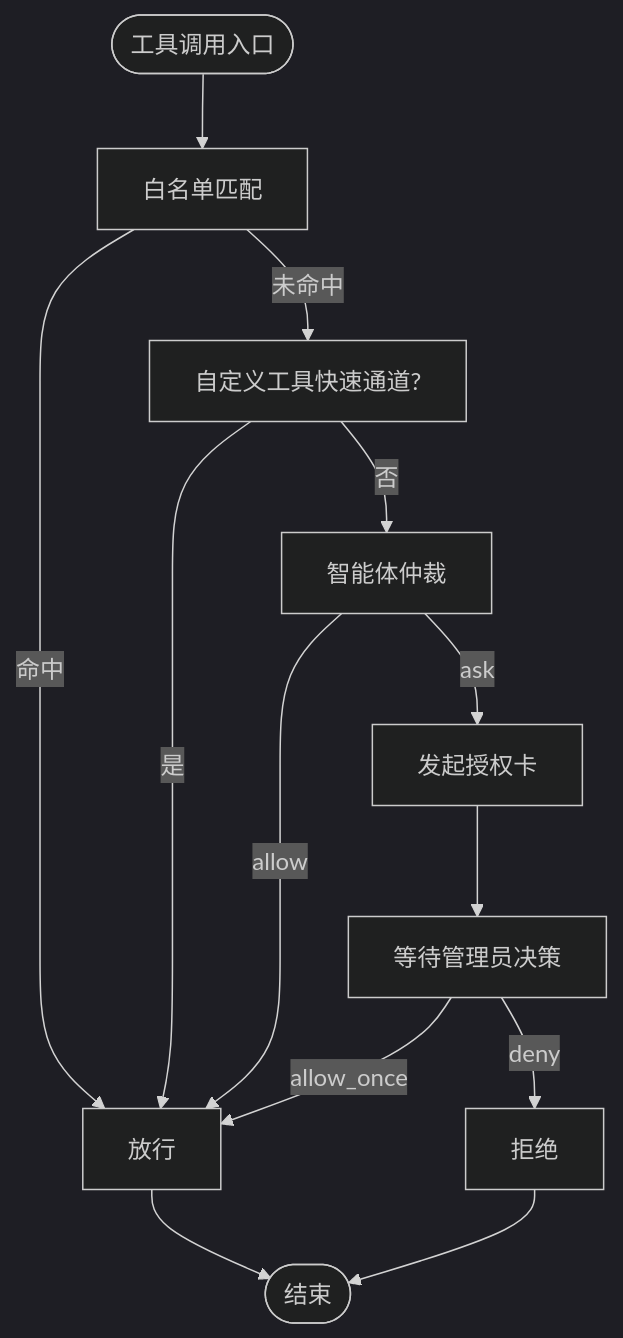
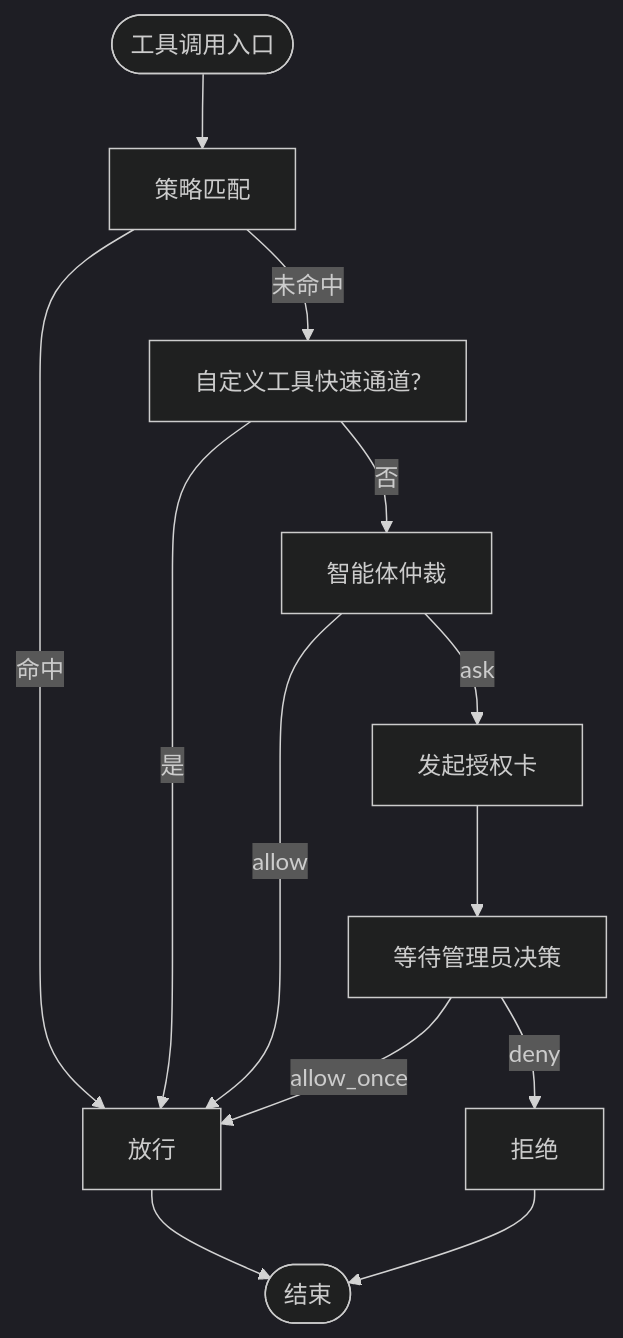
One commit to HeXiaoShu520/feishu-pi changed the fourth of 6 diagrams in .qoder/repowiki/zh/content/权限控制系统/权限控制系统.md. Above: the diagram before and after it, drawn with Mermaid (dark theme). The commit also changed other lines of this file and 47 other files, not shown here.

````diff
--- a/.qoder/repowiki/zh/content/权限控制系统/权限控制系统.md
+++ b/.qoder/repowiki/zh/content/权限控制系统/权限控制系统.md
@@ -196,15 +239,15 @@
 ```mermaid
 flowchart TD
-Enter(["工具调用入口"]) --> CheckWL["白名单匹配"]
-CheckWL --> |命中| Allow["放行"]
-CheckWL --> |未命中| FastTrack["自定义工具快速通道?"]
+Enter(["工具调用入口"]) --> CheckPolicy["策略匹配"]
+CheckPolicy --> |命中| Allow["放行"]
+CheckPolicy --> |未命中| FastTrack["自定义工具快速通道?"]
 FastTrack --> |是| Allow
 FastTrack --> |否| Judge["智能体仲裁"]
 Judge --> |allow| Allow
 Judge --> |ask| Ask["发起授权卡"]
 Ask --> Wait["等待管理员决策"]
 Wait --> |allow_once| Allow
 Wait --> |deny| Block["拒绝"]
 Block --> Exit(["结束"])
 Allow --> Exit
 ```
````
